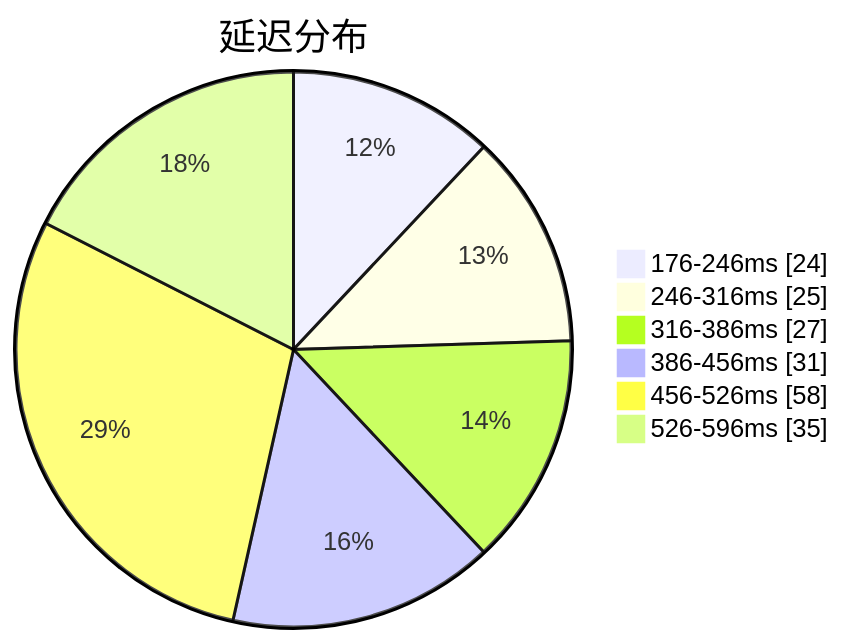
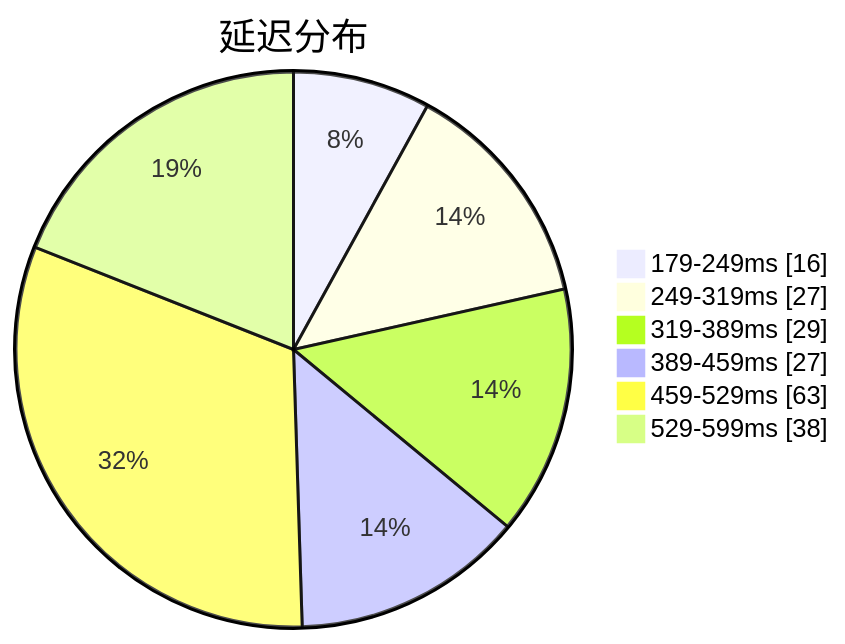
Before and after one commit to qjlxg/airport: the first of 3 diagrams in subs/statistics/tested_within.md, drawn with Mermaid. The commit also changed other lines of this file and 2 other files, not shown here.

````diff
--- a/subs/statistics/tested_within.md
+++ b/subs/statistics/tested_within.md
@@ -2,10 +2,10 @@
 ```mermaid
 pie showData
 title 延迟分布
-"176-246ms" : 24
-"246-316ms" : 25
-"316-386ms" : 27
-"386-456ms" : 31
-"456-526ms" : 58
-"526-596ms" : 35
+"179-249ms" : 16
+"249-319ms" : 27
+"319-389ms" : 29
+"389-459ms" : 27
+"459-529ms" : 63
+"529-599ms" : 38
 ```
````
